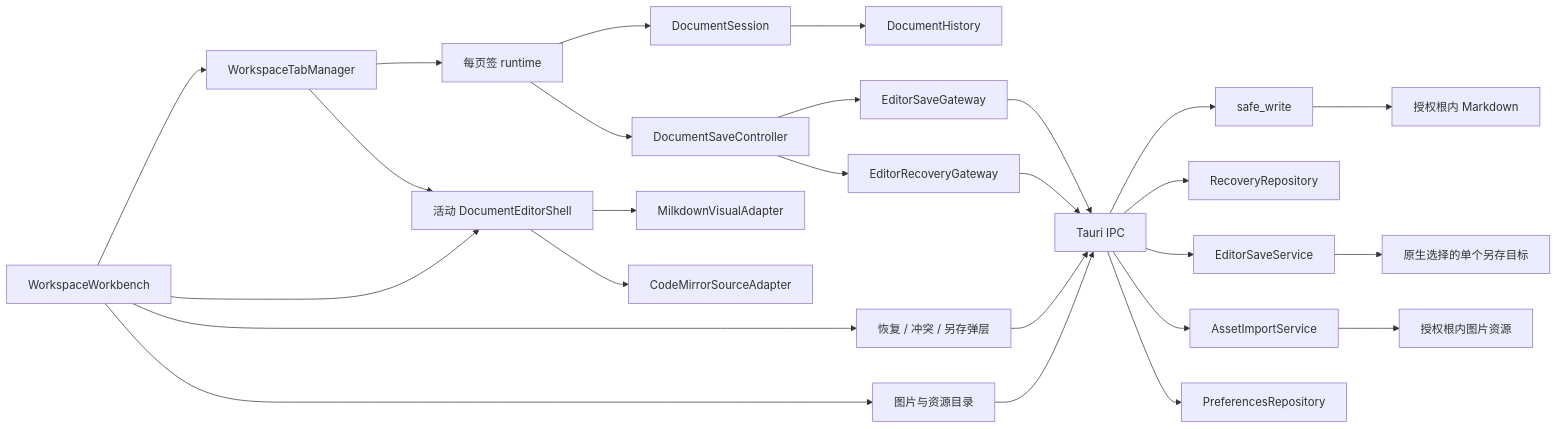
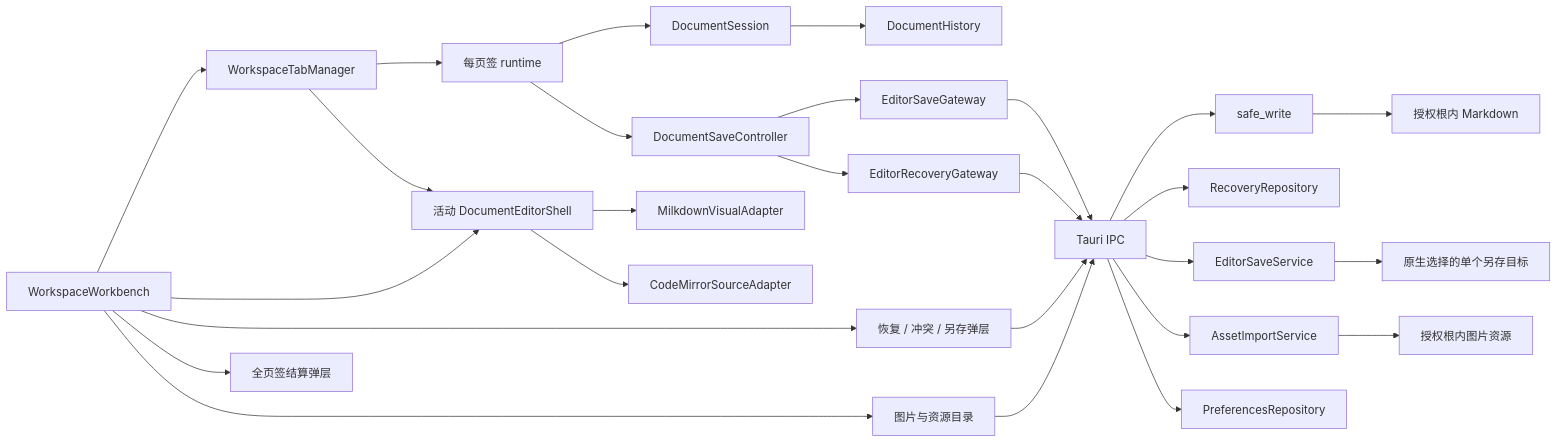
The diagram in agent-works/markdown-editor-desktop/architecture/markdown-document-editing.md (fulin-peng-ydxs/ai-markdown), drawn with Mermaid before and after one commit. The commit also changed other lines of this file and 21 other files, not shown here.

````diff
--- a/agent-works/markdown-editor-desktop/architecture/markdown-document-editing.md
+++ b/agent-works/markdown-editor-desktop/architecture/markdown-document-editing.md
@@ -11,28 +11,29 @@
 ```mermaid
 flowchart LR
     P1["WorkspaceWorkbench"] --> TM["WorkspaceTabManager"]
     TM --> RT["每页签 runtime"]
     RT --> DS["DocumentSession"]
     RT --> SC["DocumentSaveController"]
     P1 --> ES["活动 DocumentEditorShell"]
     TM --> ES
     ES --> VA["MilkdownVisualAdapter"]
     ES --> SA["CodeMirrorSourceAdapter"]
     DS --> HC["DocumentHistory"]
     SC --> SG["EditorSaveGateway"]
     SC --> RG["EditorRecoveryGateway"]
     P1 --> RC["恢复 / 冲突 / 另存弹层"]
+    P1 --> TS["全页签结算弹层"]
     P1 --> AC["图片与资源目录"]
     SG --> IPC["Tauri IPC"]
     RG --> IPC
     RC --> IPC
     AC --> IPC
     IPC --> SW["safe_write"]
     IPC --> RR["RecoveryRepository"]
     IPC --> EC["EditorSaveService"]
     IPC --> AR["AssetImportService"]
     IPC --> PR["PreferencesRepository"]
     SW --> MD["授权根内 Markdown"]
     EC --> COPY["原生选择的单个另存目标"]
     AR --> IMG["授权根内图片资源"]
 ```
````
